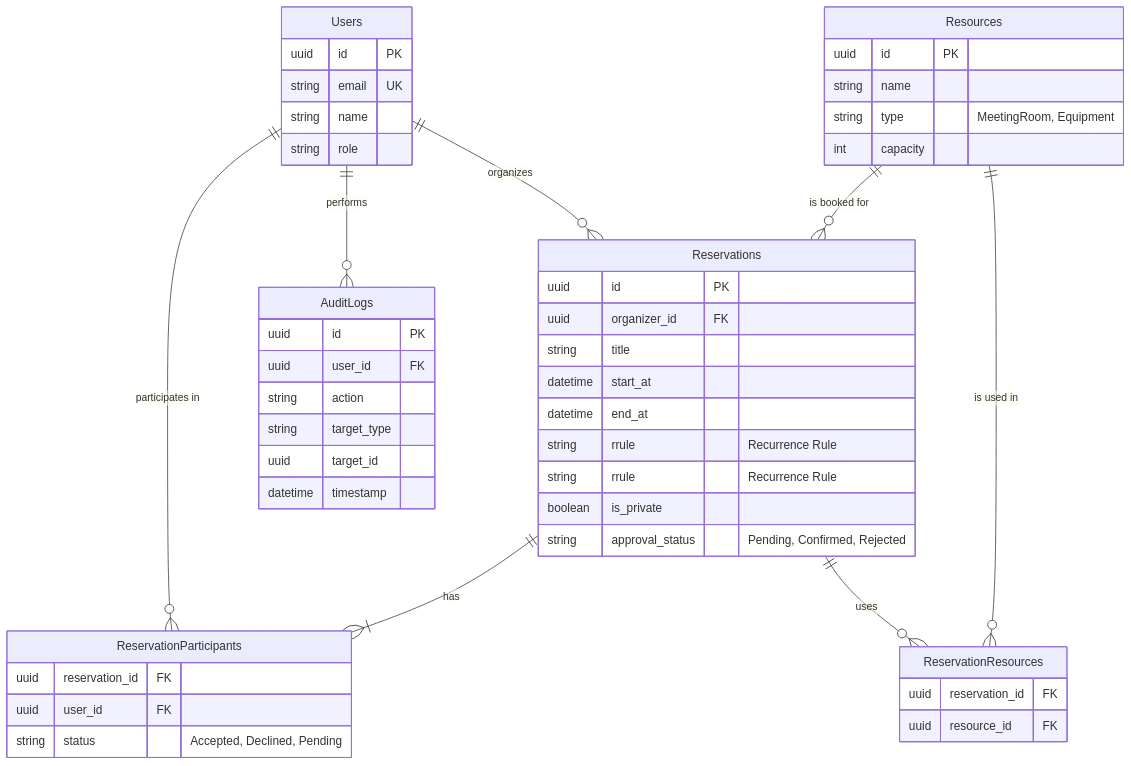
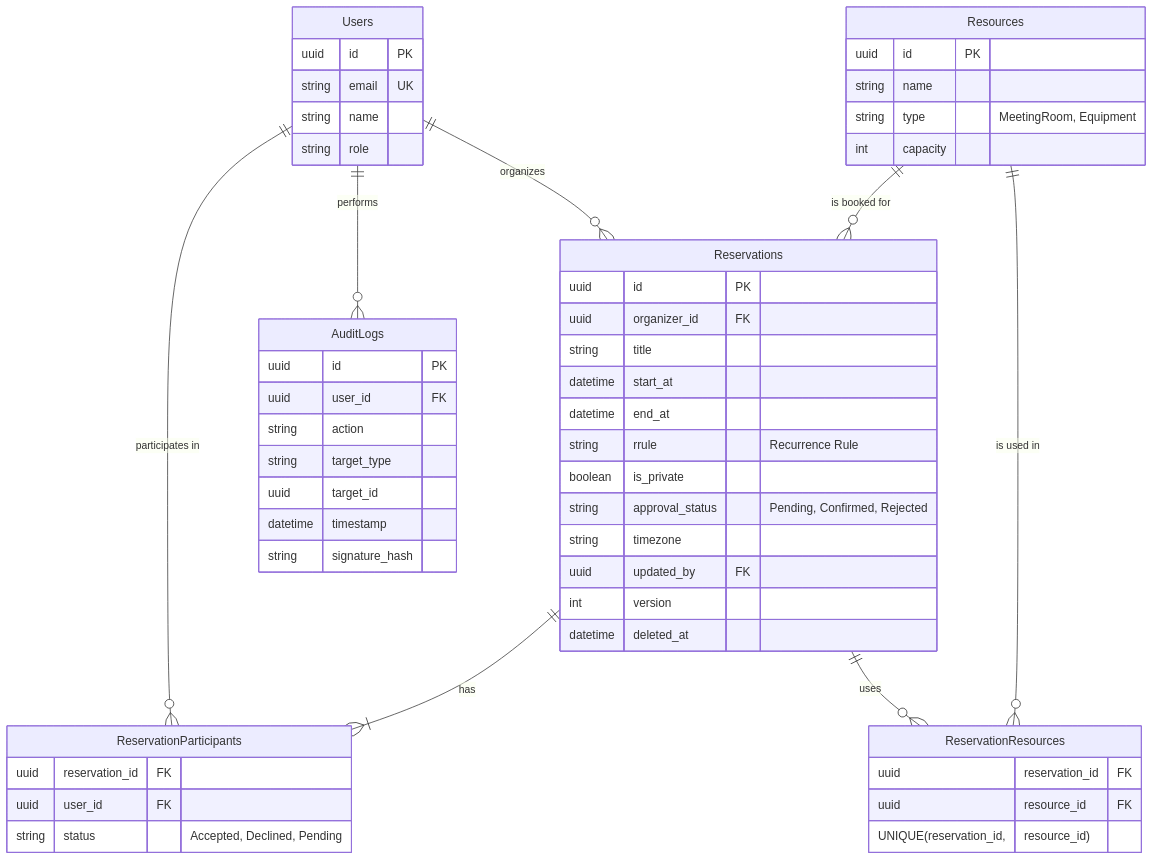
Before and after one commit to zurustar/aiexb2: the second of 3 diagrams in docs/basic_design.md, drawn with Mermaid. The commit also changed other lines of this file, not shown here.

````diff
--- a/docs/basic_design.md
+++ b/docs/basic_design.md
@@ -88,59 +109,64 @@
 ```mermaid
 erDiagram
     Users ||--o{ Reservations : "organizes"
     Users ||--o{ ReservationParticipants : "participates in"
     Users ||--o{ AuditLogs : "performs"
-    
+
     Resources ||--o{ Reservations : "is booked for"
-    
+
     Reservations ||--|{ ReservationParticipants : "has"
     Reservations ||--o{ ReservationResources : "uses"
-    
+
     Resources ||--o{ ReservationResources : "is used in"
 
     Users {
         uuid id PK
         string email UK
         string name
         string role
     }
 
     Resources {
         uuid id PK
         string name
         string type "MeetingRoom, Equipment"
         int capacity
     }
 
     Reservations {
         uuid id PK
         uuid organizer_id FK
         string title
         datetime start_at
         datetime end_at
         string rrule "Recurrence Rule"
-        string rrule "Recurrence Rule"
         boolean is_private
         string approval_status "Pending, Confirmed, Rejected"
+        string timezone
+        uuid updated_by FK
+        int version
+        datetime deleted_at
     }
 
     ReservationParticipants {
         uuid reservation_id FK
         uuid user_id FK
         string status "Accepted, Declined, Pending"
     }
     
     ReservationResources {
         uuid reservation_id FK
         uuid resource_id FK
+        UNIQUE(reservation_id, resource_id)
     }
 
     AuditLogs {
         uuid id PK
         uuid user_id FK
         string action
         string target_type
         uuid target_id
         datetime timestamp
+        string signature_hash
     }
 ```
````
